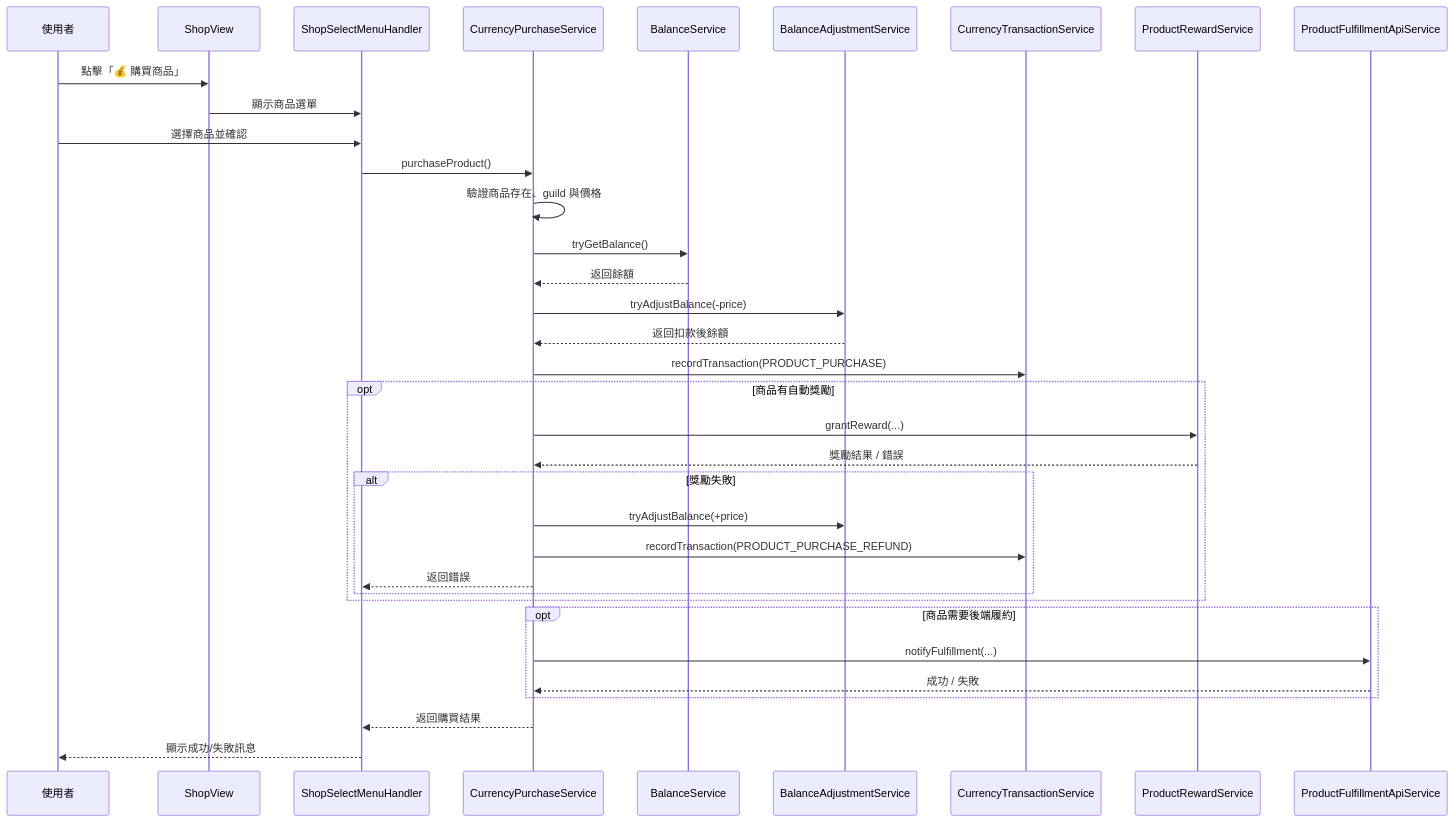
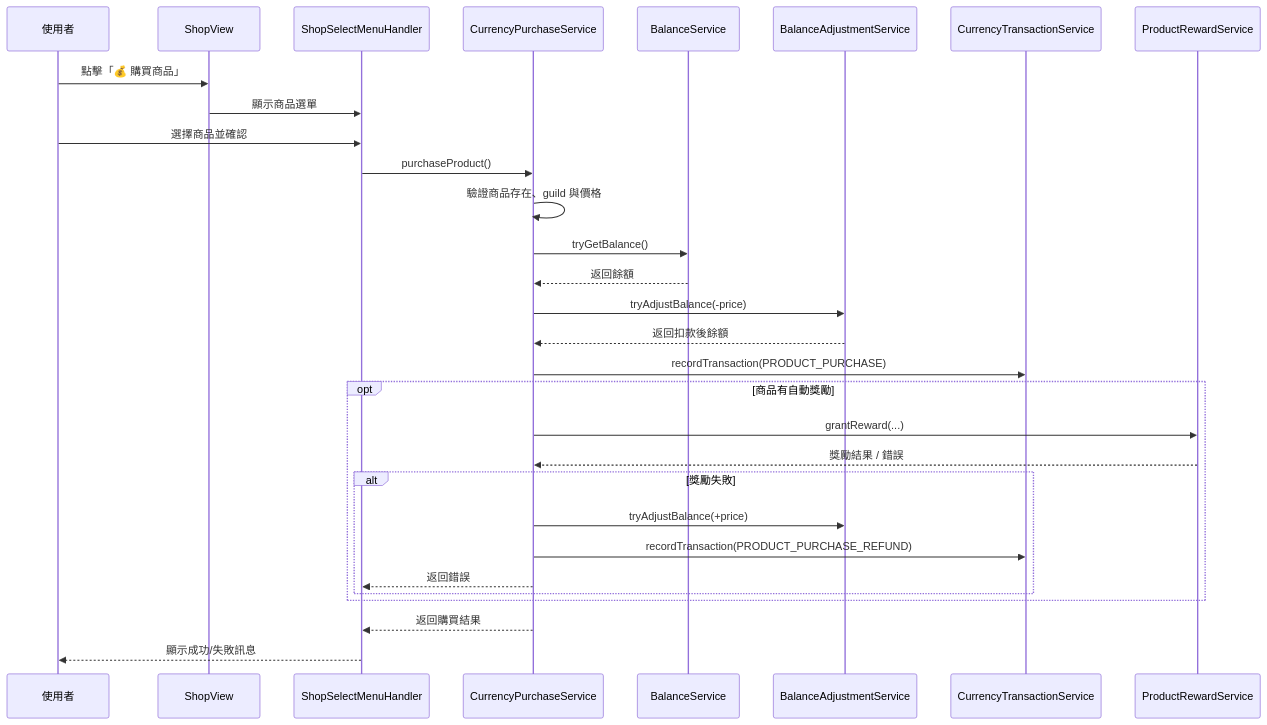
The diagram in docs/modules/shop.md (LaiTszKin/LTDJMS), drawn with Mermaid before and after one commit. The commit also changed other lines of this file and 52 other files, not shown here.

````diff
--- a/docs/modules/shop.md
+++ b/docs/modules/shop.md
@@ -629,38 +623,32 @@
 ```mermaid
 sequenceDiagram
     participant User as 使用者
     participant Shop as ShopView
     participant SelectMenu as ShopSelectMenuHandler
     participant Purchase as CurrencyPurchaseService
     participant Balance as BalanceService
     participant Adjust as BalanceAdjustmentService
     participant Tx as CurrencyTransactionService
     participant Reward as ProductRewardService
-    participant Fulfillment as ProductFulfillmentApiService
-
     User->>Shop: 點擊「💰 購買商品」
     Shop->>SelectMenu: 顯示商品選單
     User->>SelectMenu: 選擇商品並確認
     SelectMenu->>Purchase: purchaseProduct()
     Purchase->>Purchase: 驗證商品存在、guild 與價格
     Purchase->>Balance: tryGetBalance()
     Balance-->>Purchase: 返回餘額
     Purchase->>Adjust: tryAdjustBalance(-price)
     Adjust-->>Purchase: 返回扣款後餘額
     Purchase->>Tx: recordTransaction(PRODUCT_PURCHASE)
     opt 商品有自動獎勵
         Purchase->>Reward: grantReward(...)
         Reward-->>Purchase: 獎勵結果 / 錯誤
         alt 獎勵失敗
             Purchase->>Adjust: tryAdjustBalance(+price)
             Purchase->>Tx: recordTransaction(PRODUCT_PURCHASE_REFUND)
             Purchase-->>SelectMenu: 返回錯誤
         end
     end
-    opt 商品需要後端履約
-        Purchase->>Fulfillment: notifyFulfillment(...)
-        Fulfillment-->>Purchase: 成功 / 失敗
-    end
     Purchase-->>SelectMenu: 返回購買結果
     SelectMenu-->>User: 顯示成功/失敗訊息
 ```
````
